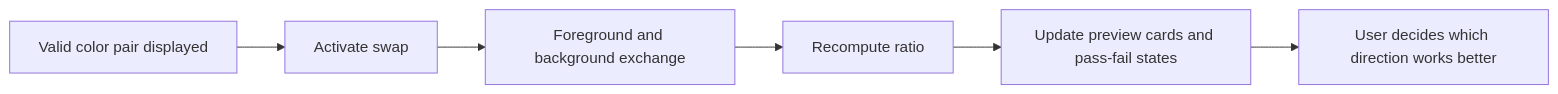
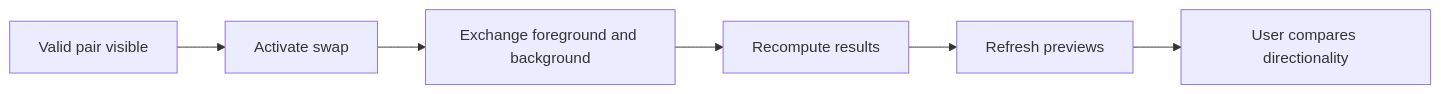
The fourth of 6 diagrams in docs/ux/ux-spec.md (superiority-claw-agent/contrast-workbench-spark-0606), drawn with Mermaid before and after one commit. The commit also changed other lines of this file and 26 other files, not shown here.

````diff
--- a/docs/ux/ux-spec.md
+++ b/docs/ux/ux-spec.md
@@ -37,8 +57,8 @@
 ```mermaid
 flowchart LR
-    A[Valid color pair displayed] --> B[Activate swap]
-    B --> C[Foreground and background exchange]
-    C --> D[Recompute ratio]
-    D --> E[Update preview cards and pass-fail states]
-    E --> F[User decides which direction works better]
+    A[Valid pair visible] --> B[Activate swap]
+    B --> C[Exchange foreground and background]
+    C --> D[Recompute results]
+    D --> E[Refresh previews]
+    E --> F[User compares directionality]
 ```
````
